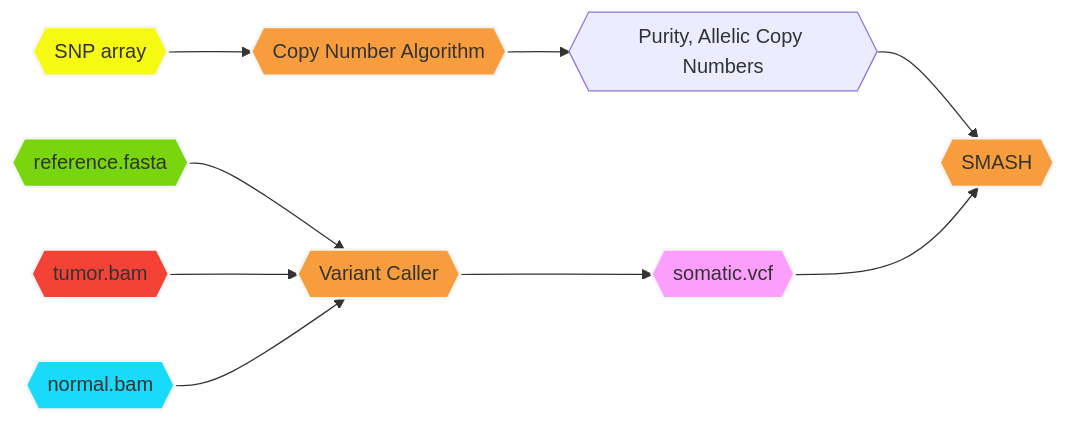
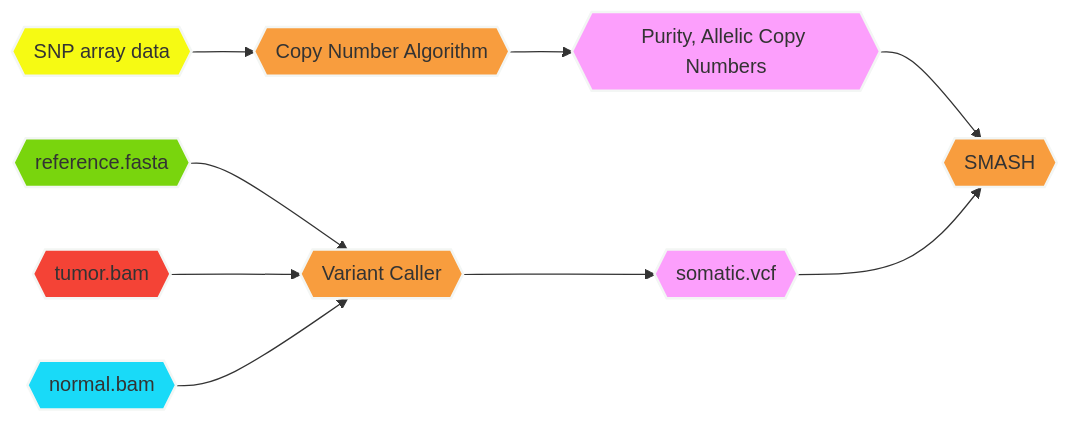
Before and after one commit to Sun-lab/SMASH: the diagram in README.md, drawn with Mermaid.

Commit message:
reamde workflow

````diff
--- a/README.md
+++ b/README.md
@@ -71,26 +71,26 @@
 ```mermaid
 flowchart LR
 
 %% Nodes and directions
 fasta{{reference.fasta}} & tbam{{tumor.bam}} & nbam{{normal.bam}} --> caller{{Variant Caller}}
 caller --> vcf{{somatic.vcf}}
-array{{SNP array}} --> cnaCall{{Copy Number Algorithm}}
+array{{SNP array data}} --> cnaCall{{Copy Number Algorithm}}
 cnaCall --> cnaEst{{Purity, Allelic Copy Numbers}}
 cnaEst & vcf --> SMASH{{SMASH}}
 
 %% Class definitions
 classDef myred fill:#f44336,stroke:#f3f6f4,stroke-width:2px
 classDef myblue fill:#19daf8,stroke:#f3f6f4,stroke-width:2px
 classDef mygreen fill:#79d50d,stroke:#f3f6f4,stroke-width:2px
 classDef mymagenta fill:#fc9ffc,stroke:#f3f6f4,stroke-width:2px
 classDef myyellow fill:#f6fa13,stroke:#f3f6f4,stroke-width:2px
 classDef myorange fill:#f89d3e,stroke:#f3f6f4,stroke-width:2px
 
 %% Assign classes to nodes
 class tbam myred
 class nbam myblue
 class array myyellow
 class fasta mygreen
 class caller,cnaCall,SMASH myorange
-class vcf mymagenta
+class vcf,cnaEst mymagenta
 ```
````
